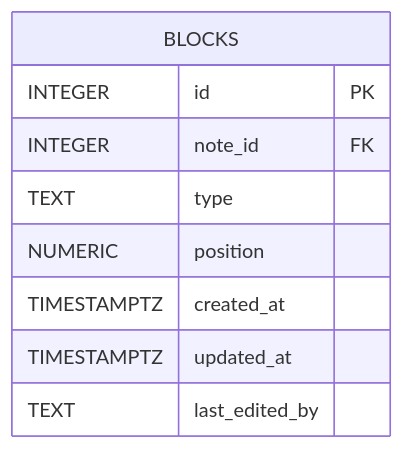
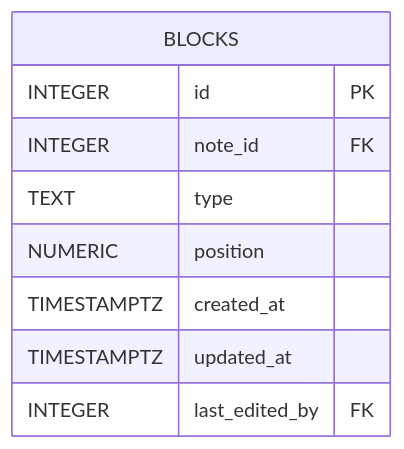
Before and after one commit to go-park-mail-ru/2025_2_FiveCode: the fourth of 12 diagrams in db/normalized/relations.md, drawn with Mermaid. The commit also changed other lines of this file and 2 other files, not shown here.

````diff
--- a/db/normalized/relations.md
+++ b/db/normalized/relations.md
@@ -118,12 +121,12 @@
 ```mermaid
 erDiagram
-  BLOCKS {
-    INTEGER id PK
-    INTEGER note_id FK 
-    TEXT type
-    NUMERIC position
-    TIMESTAMPTZ created_at
-    TIMESTAMPTZ updated_at
-    TEXT last_edited_by
-  }
+    BLOCKS {
+        INTEGER id PK
+        INTEGER note_id FK
+        TEXT type
+        NUMERIC position
+        TIMESTAMPTZ created_at
+        TIMESTAMPTZ updated_at
+        INTEGER last_edited_by FK
+    }
 ```
````
